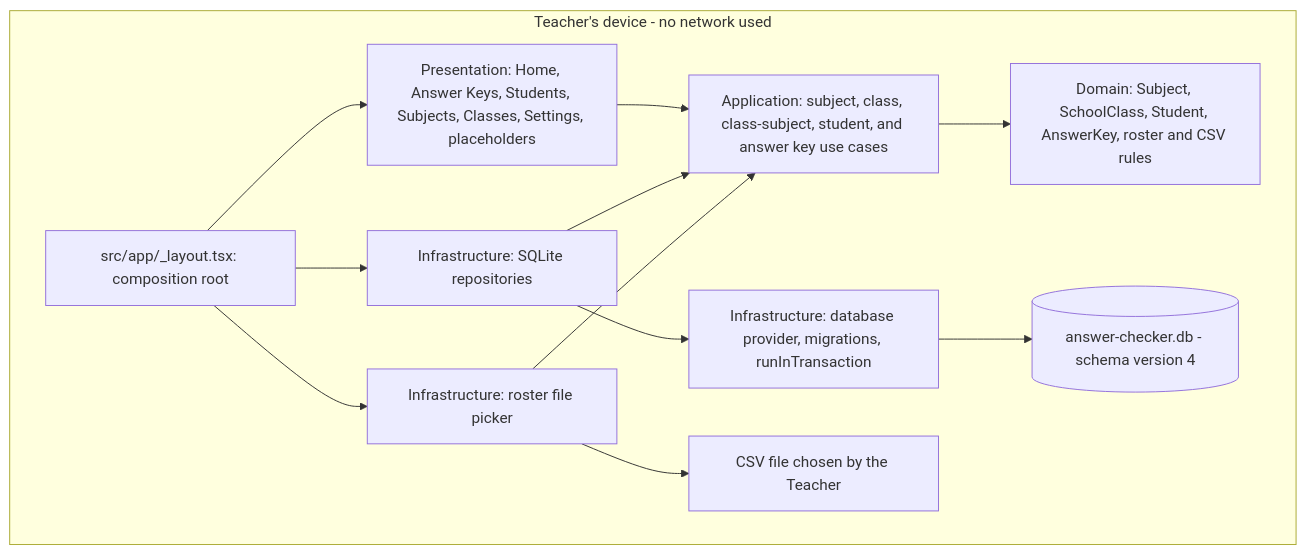
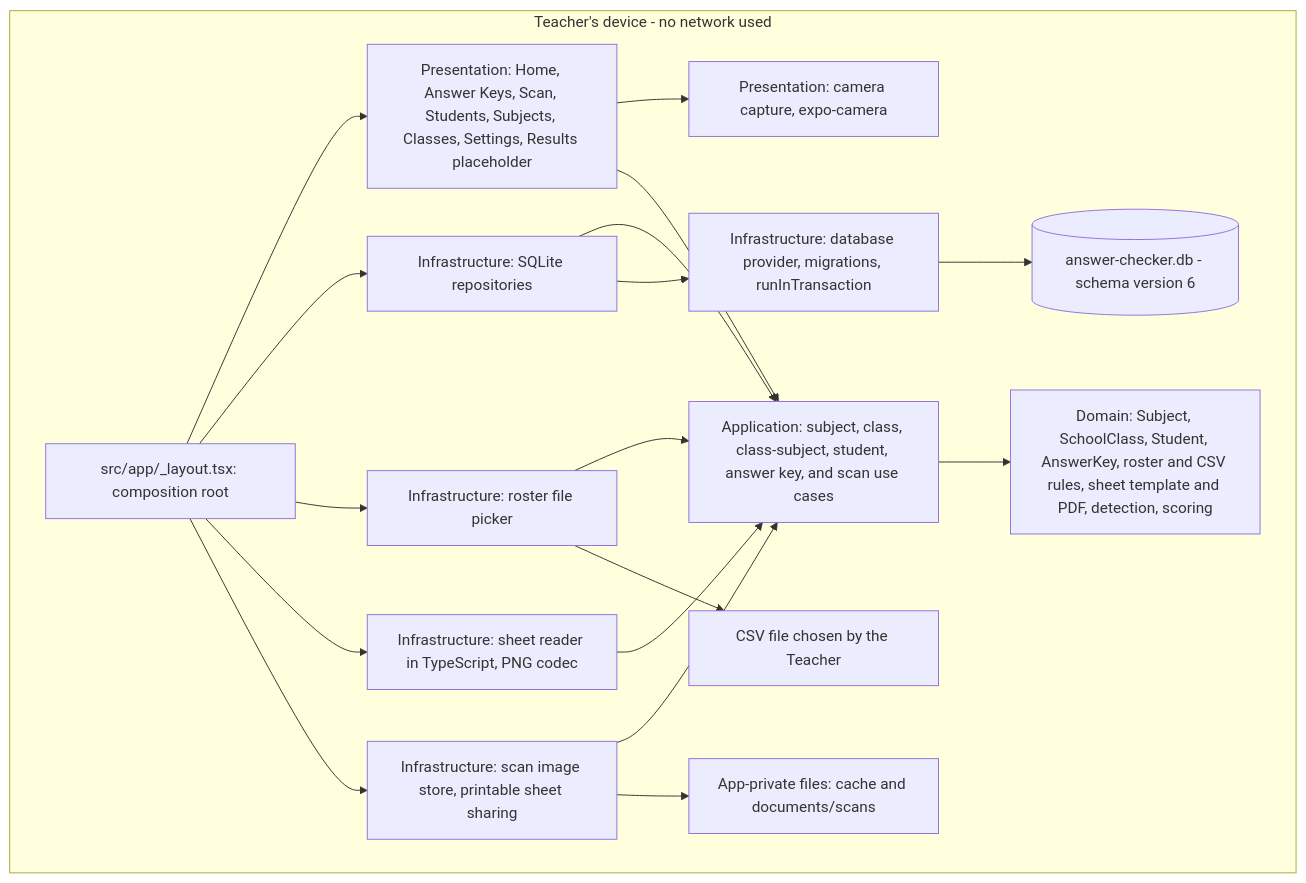
The first of 13 diagrams in docs/diagrams.md (nicolaseugenio2022-cyber/answer-checker), drawn with Mermaid before and after one commit. The commit also changed other lines of this file and 5 other files, not shown here.

Commit message:
docs: synchronize documentation with schema version 6 and Scan

````diff
--- a/docs/diagrams.md
+++ b/docs/diagrams.md
@@ -11,25 +11,35 @@
 ```mermaid
 flowchart TD
     subgraph Device["Teacher's device - no network used"]
         ROOT["src/app/_layout.tsx: composition root"]
-        UI["Presentation: Home, Answer Keys, Students, Subjects, Classes, Settings, placeholders"]
-        UC["Application: subject, class, class-subject, student, and answer key use cases"]
-        DOMAIN["Domain: Subject, SchoolClass, Student, AnswerKey, roster and CSV rules"]
+        UI["Presentation: Home, Answer Keys, Scan, Students, Subjects, Classes, Settings, Results placeholder"]
+        CAM["Presentation: camera capture, expo-camera"]
+        UC["Application: subject, class, class-subject, student, answer key, and scan use cases"]
+        DOMAIN["Domain: Subject, SchoolClass, Student, AnswerKey, roster and CSV rules, sheet template and PDF, detection, scoring"]
         REPO["Infrastructure: SQLite repositories"]
         FILES["Infrastructure: roster file picker"]
+        OMR["Infrastructure: sheet reader in TypeScript, PNG codec"]
+        IMAGES["Infrastructure: scan image store, printable sheet sharing"]
         CORE["Infrastructure: database provider, migrations, runInTransaction"]
-        DB[("answer-checker.db - schema version 4")]
+        DB[("answer-checker.db - schema version 6")]
         CSV["CSV file chosen by the Teacher"]
+        STORE["App-private files: cache and documents/scans"]
     end
 
     ROOT --> UI
     ROOT --> REPO
     ROOT --> FILES
+    ROOT --> OMR
+    ROOT --> IMAGES
+    UI --> CAM
     UI --> UC
     UC --> DOMAIN
     REPO --> UC
     FILES --> UC
+    OMR --> UC
+    IMAGES --> UC
     REPO --> CORE
     CORE --> DB
     FILES --> CSV
+    IMAGES --> STORE
 ```
````
